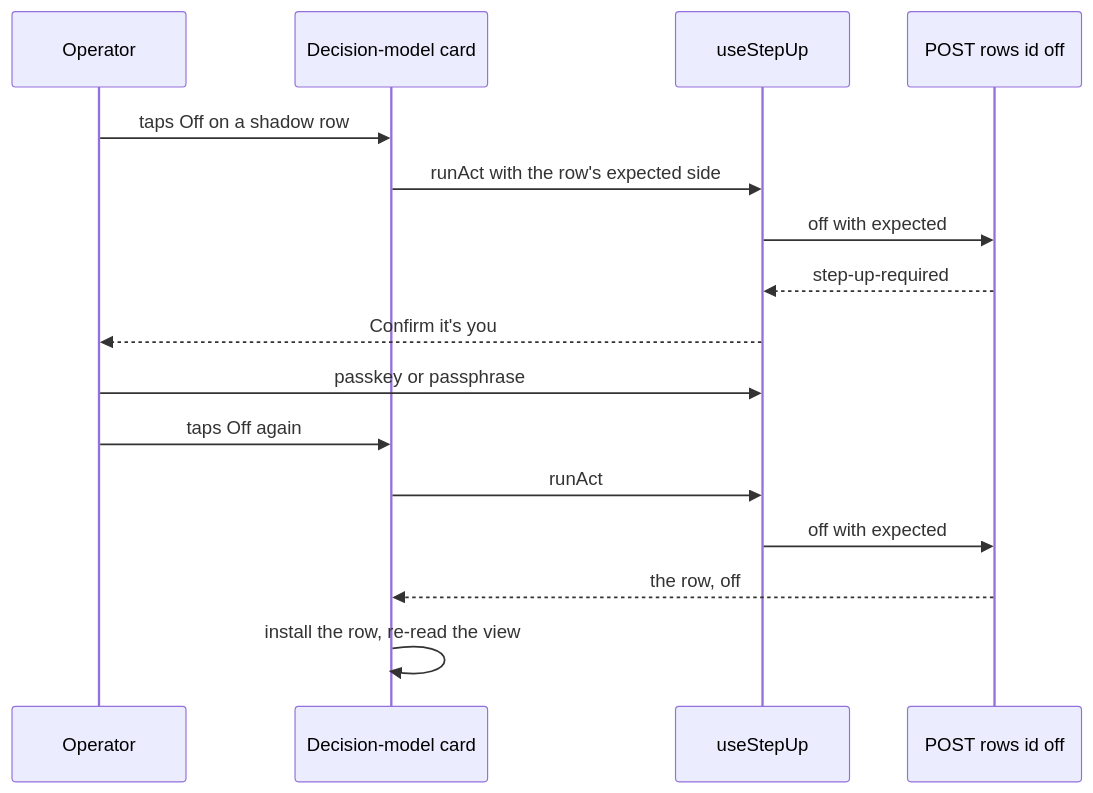
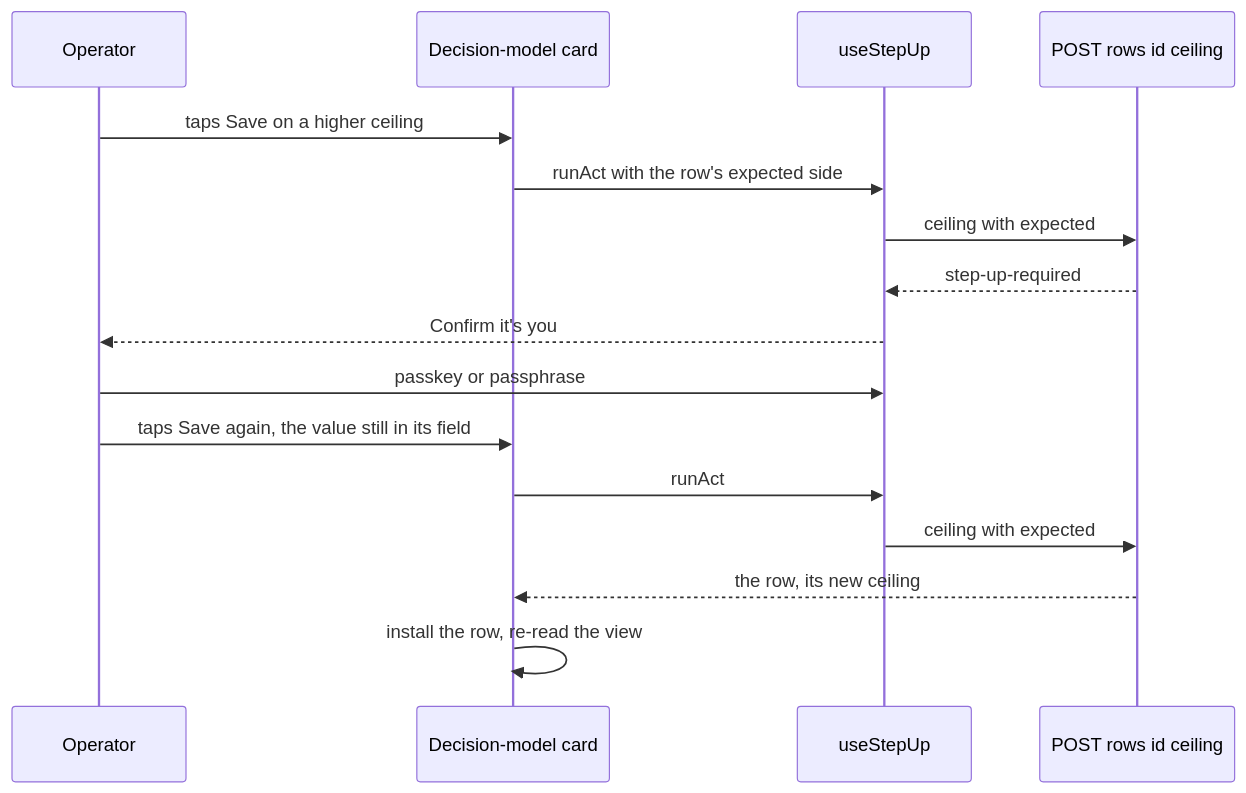
The diagram in docs/superpowers/plans/2026-11-16-overlord-w2/w2-settings.md (Synapsium-Labs/ccrc-pwa), drawn with Mermaid before and after one commit. The commit also changed other lines of this file and 2 other files, not shown here.

````diff
--- a/docs/superpowers/plans/2026-11-16-overlord-w2/w2-settings.md
+++ b/docs/superpowers/plans/2026-11-16-overlord-w2/w2-settings.md
@@ -208,18 +258,18 @@
 ```mermaid
 sequenceDiagram
   participant O as Operator
   participant C as Decision-model card
   participant H as useStepUp
-  participant D as POST rows id off
-  O->>C: taps Off on a shadow row
+  participant D as POST rows id ceiling
+  O->>C: taps Save on a higher ceiling
   C->>H: runAct with the row's expected side
-  H->>D: off with expected
+  H->>D: ceiling with expected
   D-->>H: step-up-required
   H-->>O: Confirm it's you
   O->>H: passkey or passphrase
-  O->>C: taps Off again
+  O->>C: taps Save again, the value still in its field
   C->>H: runAct
-  H->>D: off with expected
-  D-->>C: the row, off
+  H->>D: ceiling with expected
+  D-->>C: the row, its new ceiling
   C->>C: install the row, re-read the view
 ```
````
